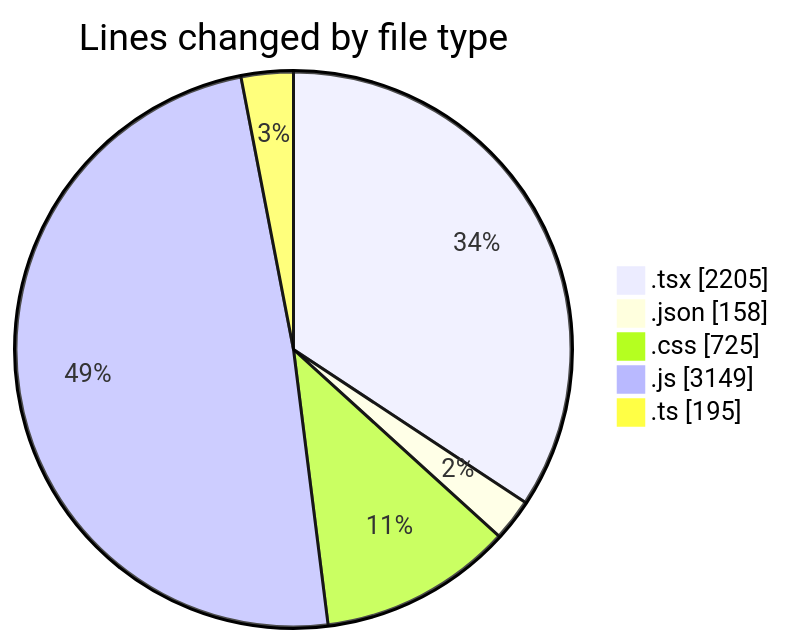
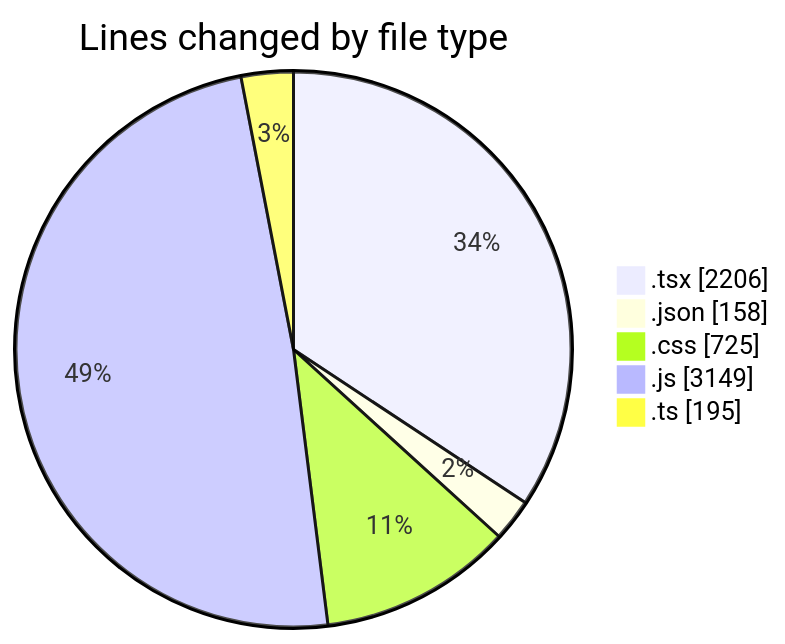
Before and after one commit to Elitesun/code-tracking: the first of 2 diagrams in 2025-05-15/laala_boost/README.md, drawn with Mermaid. The commit also changed other lines of this file and 1 other file, not shown here.

````diff
--- a/2025-05-15/laala_boost/README.md
+++ b/2025-05-15/laala_boost/README.md
@@ -38,9 +38,9 @@
 ```mermaid
 pie showData
 title Lines changed by file type
-".tsx" : 2205
+".tsx" : 2206
 ".json" : 158
 ".css" : 725
 ".js" : 3149
 ".ts" : 195
 ```
````
